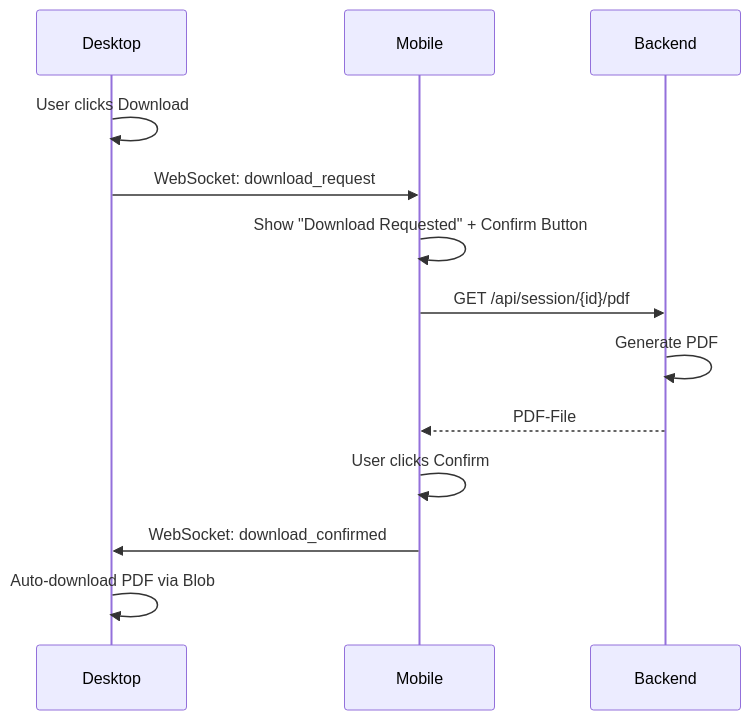
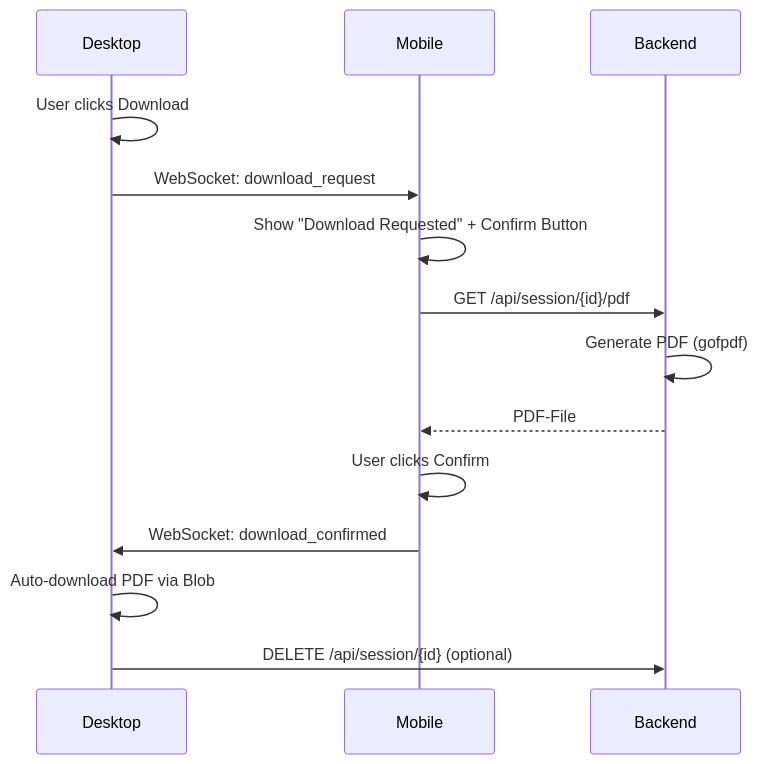
Before and after one commit to Garante83/DocFlow-: the eighth of 10 diagrams in map.md, drawn with Mermaid. The commit also changed other lines of this file and 28 other files, not shown here.

````diff
--- a/map.md
+++ b/map.md
@@ -183,16 +401,17 @@
 ```mermaid
 sequenceDiagram
     participant D as Desktop
     participant M as Mobile
     participant B as Backend
 
     D->>D: User clicks Download
     D->>M: WebSocket: download_request
     M->>M: Show "Download Requested" + Confirm Button
     M->>B: GET /api/session/{id}/pdf
-    B->>B: Generate PDF
+    B->>B: Generate PDF (gofpdf)
     B-->>M: PDF-File
     M->>M: User clicks Confirm
     M->>D: WebSocket: download_confirmed
     D->>D: Auto-download PDF via Blob
+    D->>B: DELETE /api/session/{id} (optional)
 ```
````
